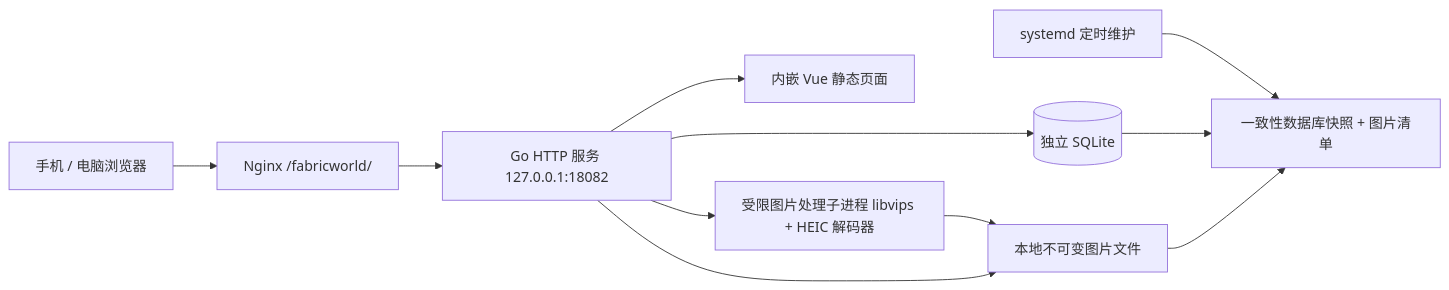
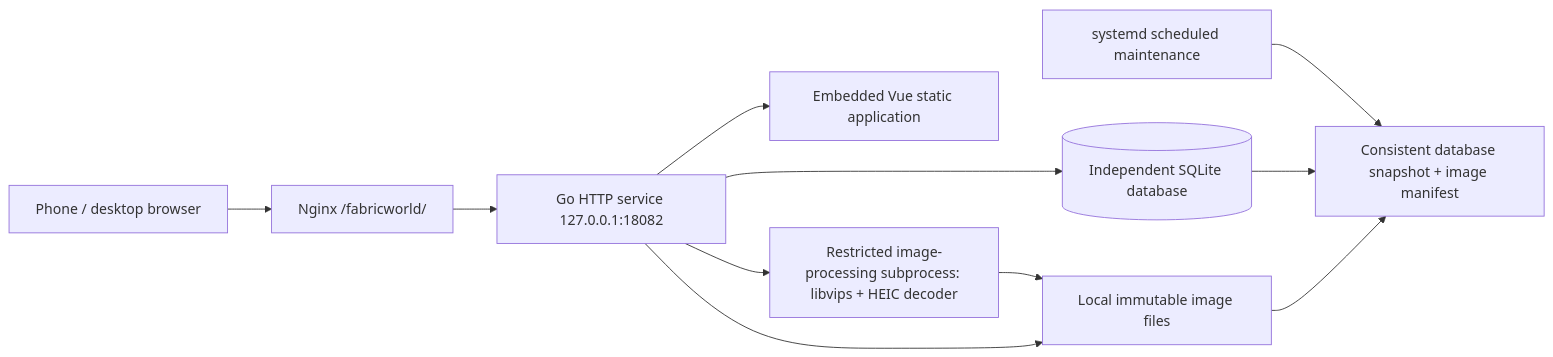
The diagram in docs/TECHNICAL_PLAN.md (Crashmere/FabricWorld), drawn with Mermaid before and after one commit. The commit also changed other lines of this file and 9 other files, not shown here.

````diff
--- a/docs/TECHNICAL_PLAN.md
+++ b/docs/TECHNICAL_PLAN.md
@@ -118,13 +118,13 @@
 ```mermaid
 flowchart LR
-    B[手机 / 电脑浏览器] --> N[Nginx /fabricworld/]
-    N --> A[Go HTTP 服务 127.0.0.1:18082]
-    A --> V[内嵌 Vue 静态页面]
-    A --> D[(独立 SQLite)]
-    A --> P[受限图片处理子进程 libvips + HEIC 解码器]
-    P --> F[本地不可变图片文件]
+    B[Phone / desktop browser] --> N[Nginx /fabricworld/]
+    N --> A[Go HTTP service 127.0.0.1:18082]
+    A --> V[Embedded Vue static application]
+    A --> D[(Independent SQLite database)]
+    A --> P[Restricted image-processing subprocess: libvips + HEIC decoder]
+    P --> F[Local immutable image files]
     A --> F
-    T[systemd 定时维护] --> K[一致性数据库快照 + 图片清单]
+    T[systemd scheduled maintenance] --> K[Consistent database snapshot + image manifest]
     D --> K
     F --> K
 ```
````
